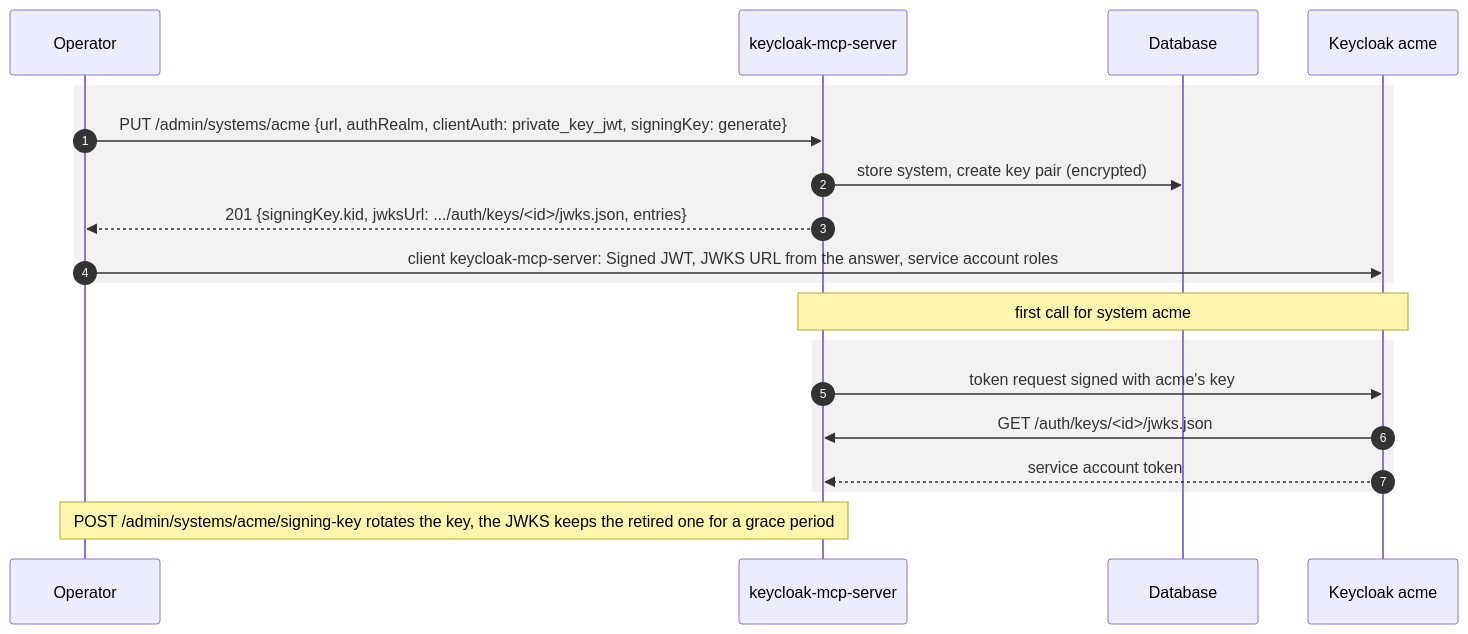
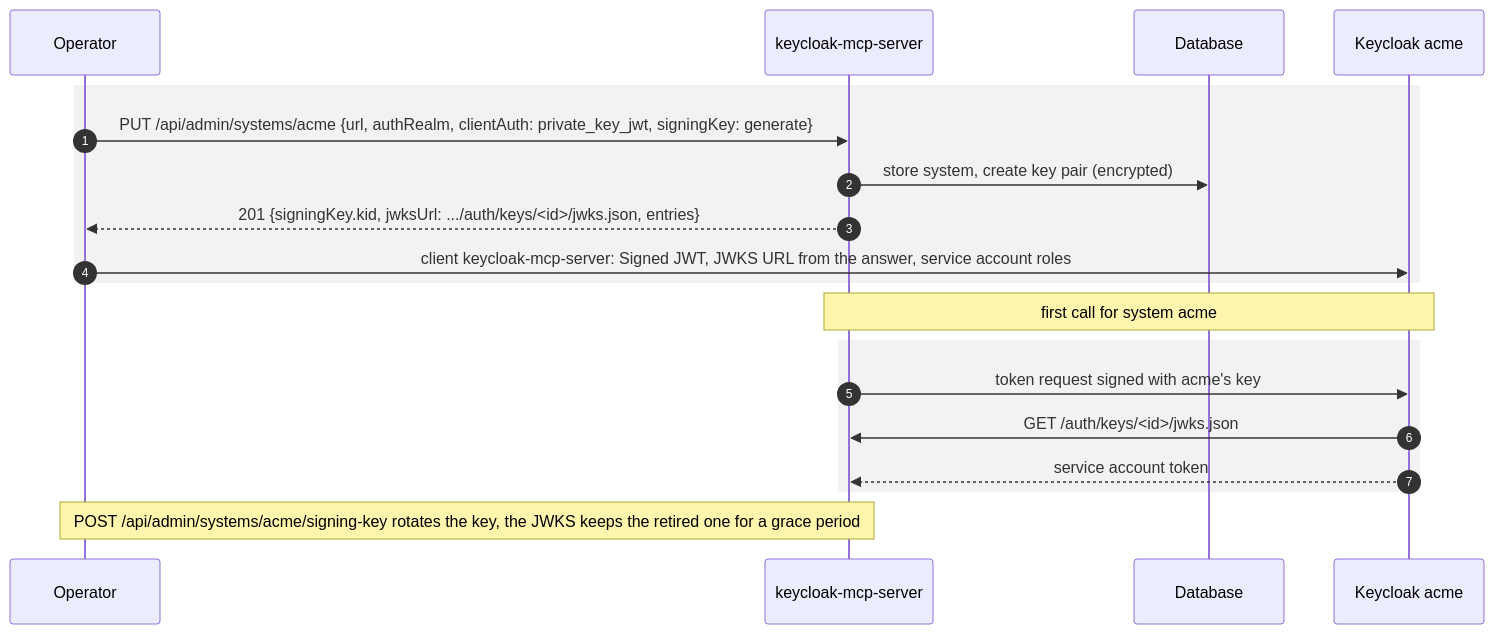
Before and after one commit to thomasdarimont/keycloak-mcp-server: the seventh of 11 diagrams in docs/scenarios.md, drawn with Mermaid. The commit also changed other lines of this file and 138 other files, not shown here.

````diff
--- a/docs/scenarios.md
+++ b/docs/scenarios.md
@@ -251,21 +251,21 @@
 ```mermaid
 sequenceDiagram
     autonumber
     participant O as Operator
     participant S as keycloak-mcp-server
     participant DB as Database
     participant K as Keycloak acme
     rect rgba(127,127,127,0.10)
-    O->>S: PUT /admin/systems/acme {url, authRealm, clientAuth: private_key_jwt, signingKey: generate}
+    O->>S: PUT /api/admin/systems/acme {url, authRealm, clientAuth: private_key_jwt, signingKey: generate}
     S->>DB: store system, create key pair (encrypted)
     S-->>O: 201 {signingKey.kid, jwksUrl: .../auth/keys/<id>/jwks.json, entries}
     O->>K: client keycloak-mcp-server: Signed JWT, JWKS URL from the answer, service account roles
     end
     Note over S,K: first call for system acme
     rect rgba(127,127,127,0.10)
     S->>K: token request signed with acme's key
     K->>S: GET /auth/keys/<id>/jwks.json
     K-->>S: service account token
     end
-    Note over O,S: POST /admin/systems/acme/signing-key rotates the key, the JWKS keeps the retired one for a grace period
+    Note over O,S: POST /api/admin/systems/acme/signing-key rotates the key, the JWKS keeps the retired one for a grace period
 ```
````
